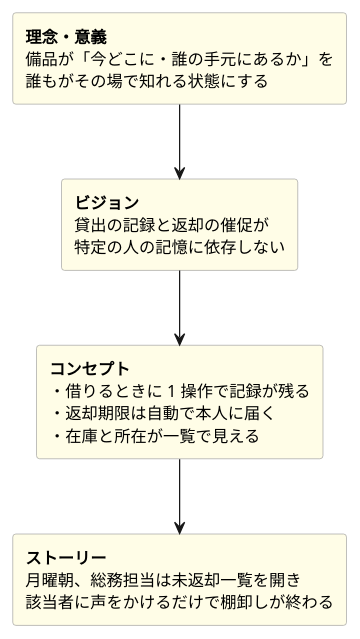
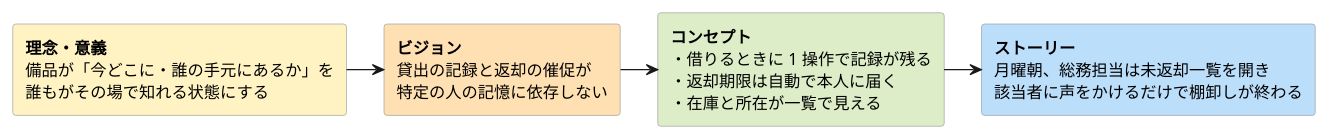
Before and after one commit to ShoheiImamura/req-dev: the first of 3 diagrams in src/content/docs/value.md, drawn with PlantUML. The commit also changed other lines of this file and 16 other files, not shown here.

````diff
--- a/src/content/docs/value.md
+++ b/src/content/docs/value.md
@@ -18,14 +23,14 @@
-```plantuml 価値
+```plantuml なぜ作るか
 @startuml
-skinparam rectangleBackgroundColor #FFFDE7
+skinparam defaultFontSize 13
 skinparam rectangleBorderColor #999
-skinparam defaultFontSize 13
-rectangle "<b>理念・意義</b>\n備品が「今どこに・誰の手元にあるか」を\n誰もがその場で知れる状態にする" as p
-rectangle "<b>ビジョン</b>\n貸出の記録と返却の催促が\n特定の人の記憶に依存しない" as v
-rectangle "<b>コンセプト</b>\n・借りるときに 1 操作で記録が残る\n・返却期限は自動で本人に届く\n・在庫と所在が一覧で見える" as c
-rectangle "<b>ストーリー</b>\n月曜朝、総務担当は未返却一覧を開き\n該当者に声をかけるだけで棚卸しが終わる" as s
-p -down-> v
-v -down-> c
-c -down-> s
+skinparam nodesep 30
+rectangle "<b>理念・意義</b>\n備品が「今どこに・誰の手元にあるか」を\n誰もがその場で知れる状態にする" as p #FFF3C4
+rectangle "<b>ビジョン</b>\n貸出の記録と返却の催促が\n特定の人の記憶に依存しない" as v #FFE0B2
+rectangle "<b>コンセプト</b>\n・借りるときに 1 操作で記録が残る\n・返却期限は自動で本人に届く\n・在庫と所在が一覧で見える" as c #DCEDC8
+rectangle "<b>ストーリー</b>\n月曜朝、総務担当は未返却一覧を開き\n該当者に声をかけるだけで棚卸しが終わる" as s #BBDEFB
+p -right-> v
+v -right-> c
+c -right-> s
 @enduml
 ```
````
